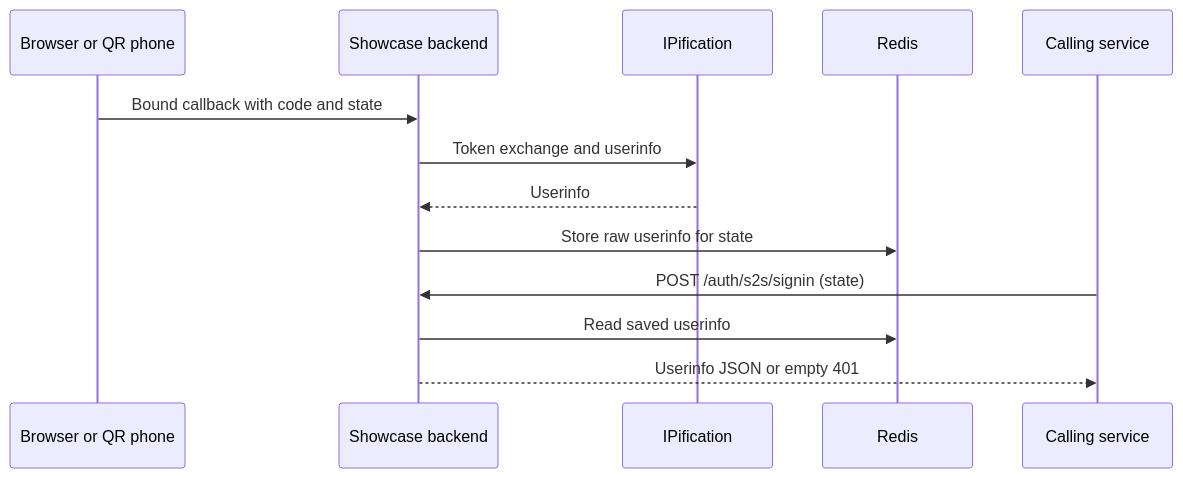
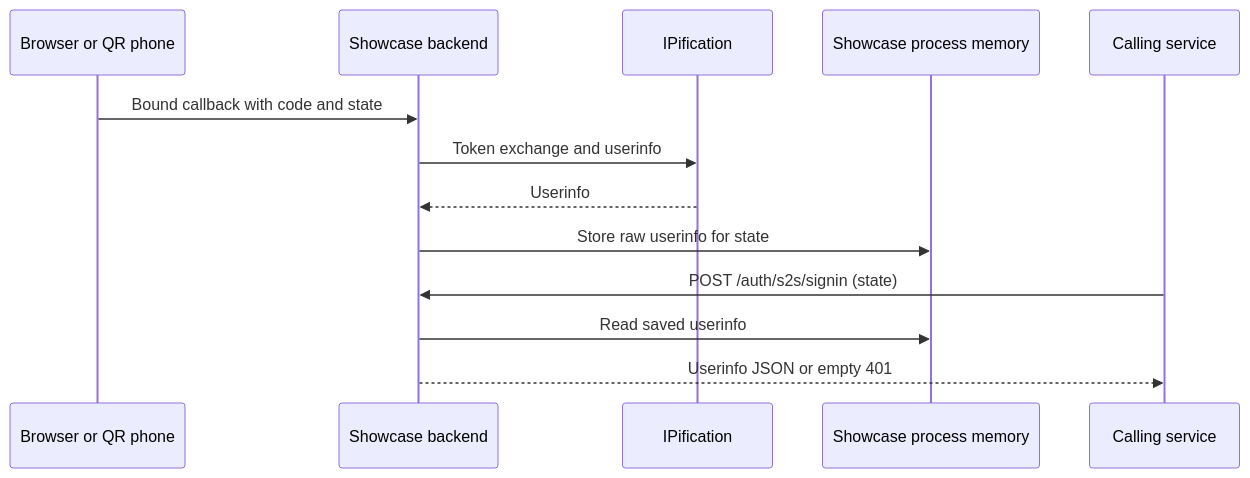
The second of 2 diagrams in docs/integration/mobile-s2s.md (ipification/ipification-showcase), drawn with Mermaid before and after one commit. The commit also changed other lines of this file and 52 other files, not shown here.

````diff
--- a/docs/integration/mobile-s2s.md
+++ b/docs/integration/mobile-s2s.md
@@ -64,15 +64,15 @@
 ```mermaid
 sequenceDiagram
     participant B as Browser or QR phone
     participant S as Showcase backend
     participant I as IPification
-    participant R as Redis
+    participant R as Showcase process memory
     participant C as Calling service
     B->>S: Bound callback with code and state
     S->>I: Token exchange and userinfo
     I-->>S: Userinfo
     S->>R: Store raw userinfo for state
     C->>S: POST /auth/s2s/signin (state)
     S->>R: Read saved userinfo
     S-->>C: Userinfo JSON or empty 401
 ```
````
